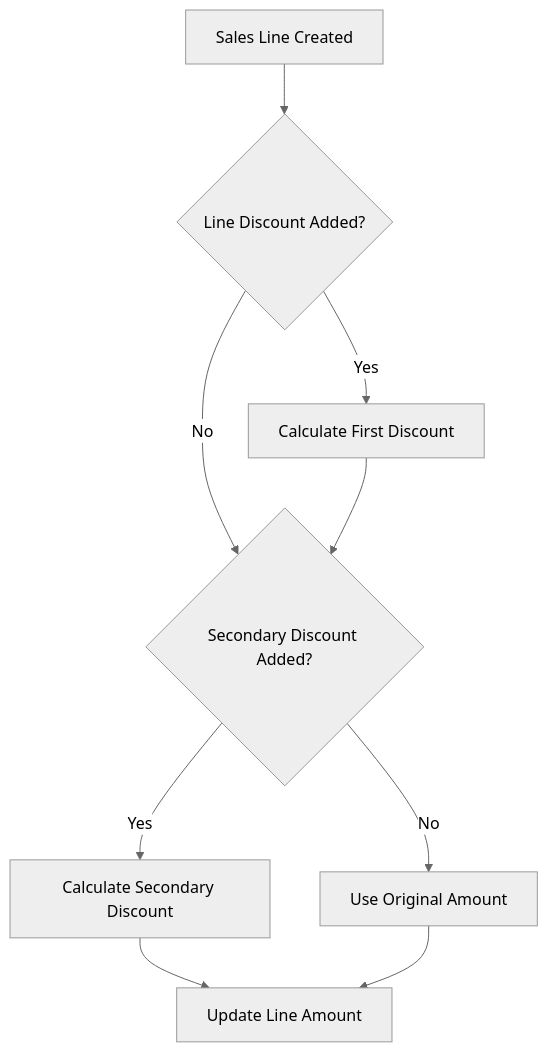
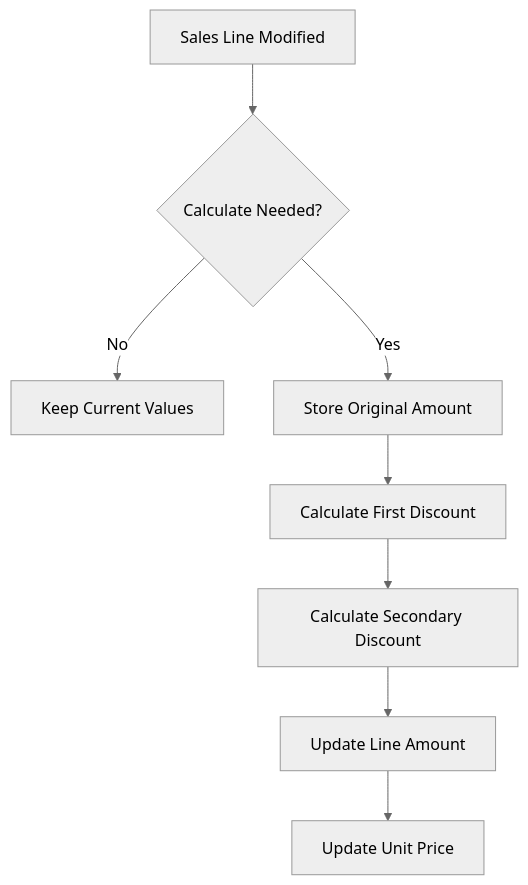
Before and after one commit to Goldenvikingsunset/double-Discount: the first of 2 diagrams in README.md, drawn with Mermaid (neutral theme). The commit also changed other lines of this file, not shown here.

````diff
--- a/README.md
+++ b/README.md
@@ -14,11 +27,10 @@
 ```mermaid
 flowchart TD
-    A[Sales Line Created] --> B{Line Discount Added?}
-    B -->|Yes| C[Calculate First Discount]
-    B -->|No| D{Secondary Discount Added?}
-    C --> D
-    D -->|Yes| E[Calculate Secondary Discount]
-    D -->|No| F[Use Original Amount]
-    E --> G[Update Line Amount]
-    F --> G
+    A[Sales Line Modified] --> B{Calculate Needed?}
+    B -->|No| C[Keep Current Values]
+    B -->|Yes| D[Store Original Amount]
+    D --> E[Calculate First Discount]
+    E --> F[Calculate Secondary Discount]
+    F --> G[Update Line Amount]
+    G --> H[Update Unit Price]
 ```
````
